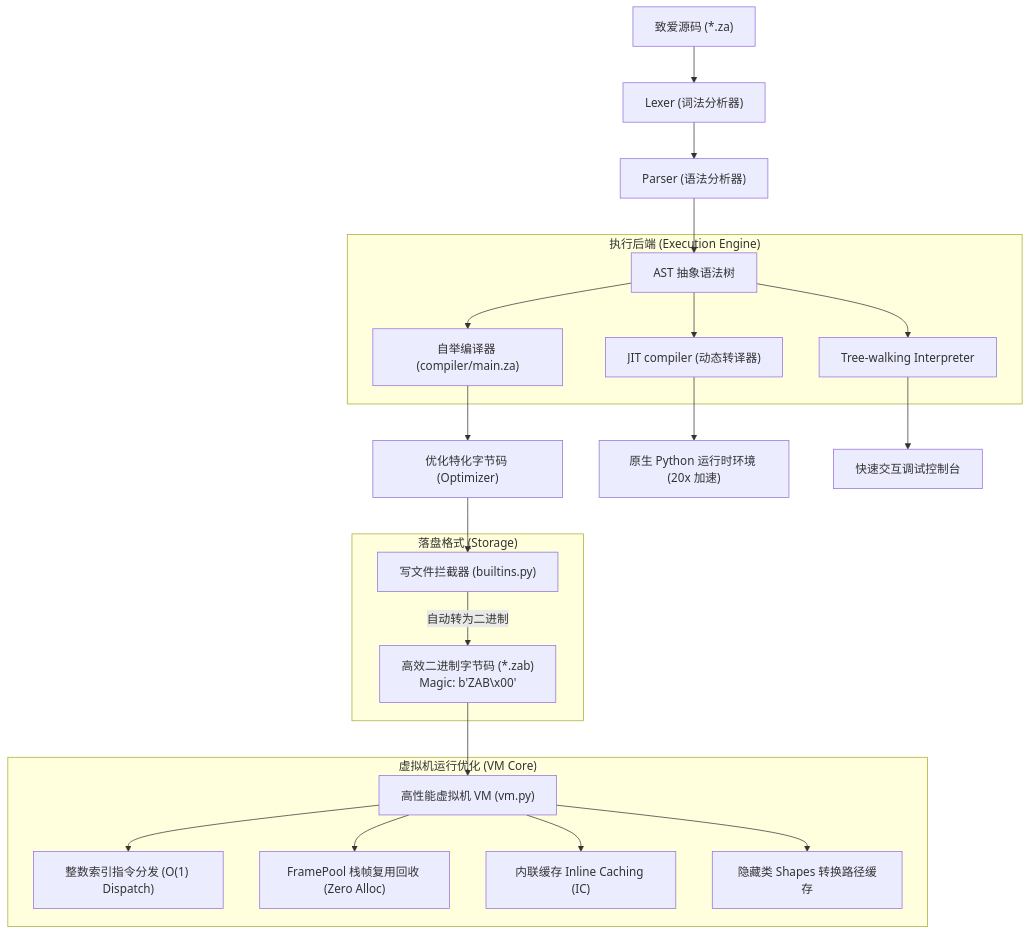
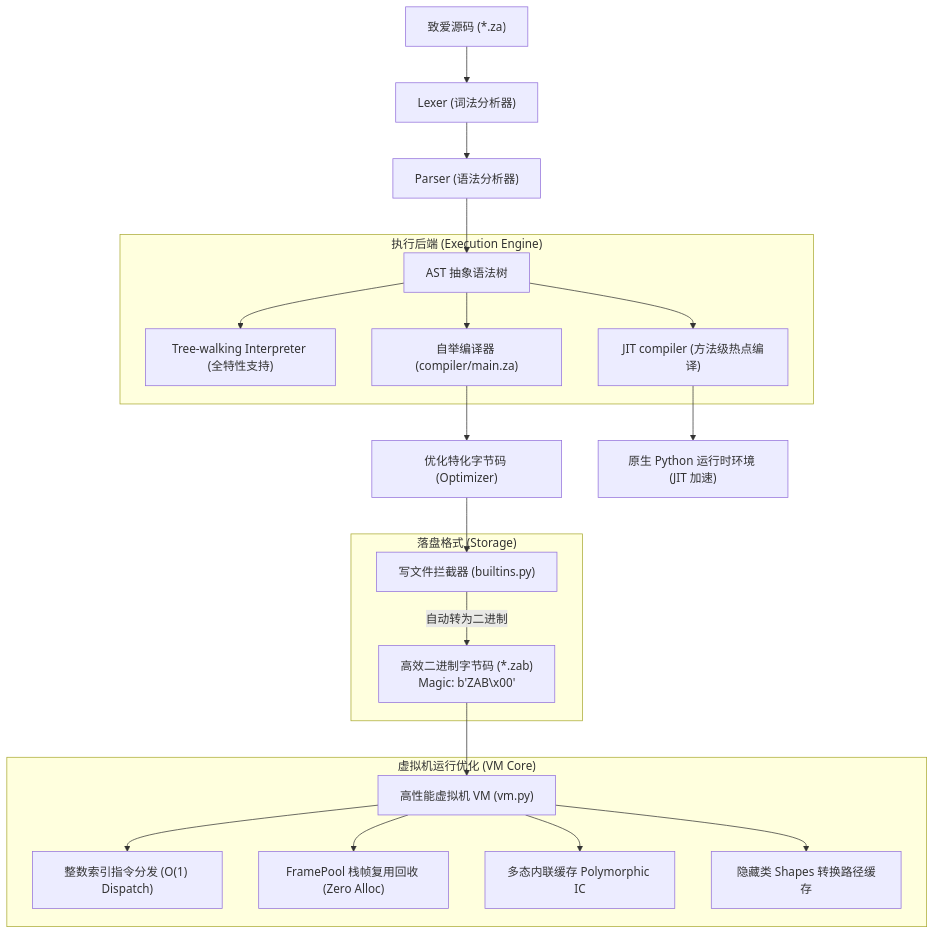
One commit to xiokuai/For-Elysia changed the diagram in README.md. Above: the diagram before and after it, drawn with Mermaid. The commit also changed other lines of this file and 13 other files, not shown here.

Commit message:
feat(v1.1.0): implement coroutine primitives (async/await), complete interpreter feature parity, and expand JIT instructions

````diff
--- a/README.md
+++ b/README.md
@@ -42,31 +42,30 @@
 ```mermaid
 flowchart TD
     A["致爱源码 (*.za)"] --> B["Lexer (词法分析器)"]
     B --> C["Parser (语法分析器)"]
     C --> D["AST 抽象语法树"]
     
     subgraph "执行后端 (Execution Engine)"
-        D --> E["Tree-walking Interpreter"]
-        D --> F["JIT compiler (动态转译器)"]
+        D --> E["Tree-walking Interpreter (全特性支持)"]
+        D --> F["JIT compiler (方法级热点编译)"]
         D --> G["自举编译器 (compiler/main.za)"]
     end
     
     G --> H["优化特化字节码 (Optimizer)"]
     H --> I["写文件拦截器 (builtins.py)"]
     
     subgraph "落盘格式 (Storage)"
         I -->|自动转为二进制| J["高效二进制字节码 (*.zab)<br>Magic: b'ZAB\x00'"]
     end
     
     J --> K["高性能虚拟机 VM (vm.py)"]
     
     subgraph "虚拟机运行优化 (VM Core)"
         K --> L["整数索引指令分发 (O(1) Dispatch)"]
         K --> M["FramePool 栈帧复用回收 (Zero Alloc)"]
-        K --> N["内联缓存 Inline Caching (IC)"]
+        K --> N["多态内联缓存 Polymorphic IC"]
         K --> O["隐藏类 Shapes 转换路径缓存"]
     end
     
-    F --> P["原生 Python 运行时环境 (20x 加速)"]
-    E --> Q["快速交互调试控制台"]
+    F --> P["原生 Python 运行时环境 (JIT 加速)"]
 ```
````
